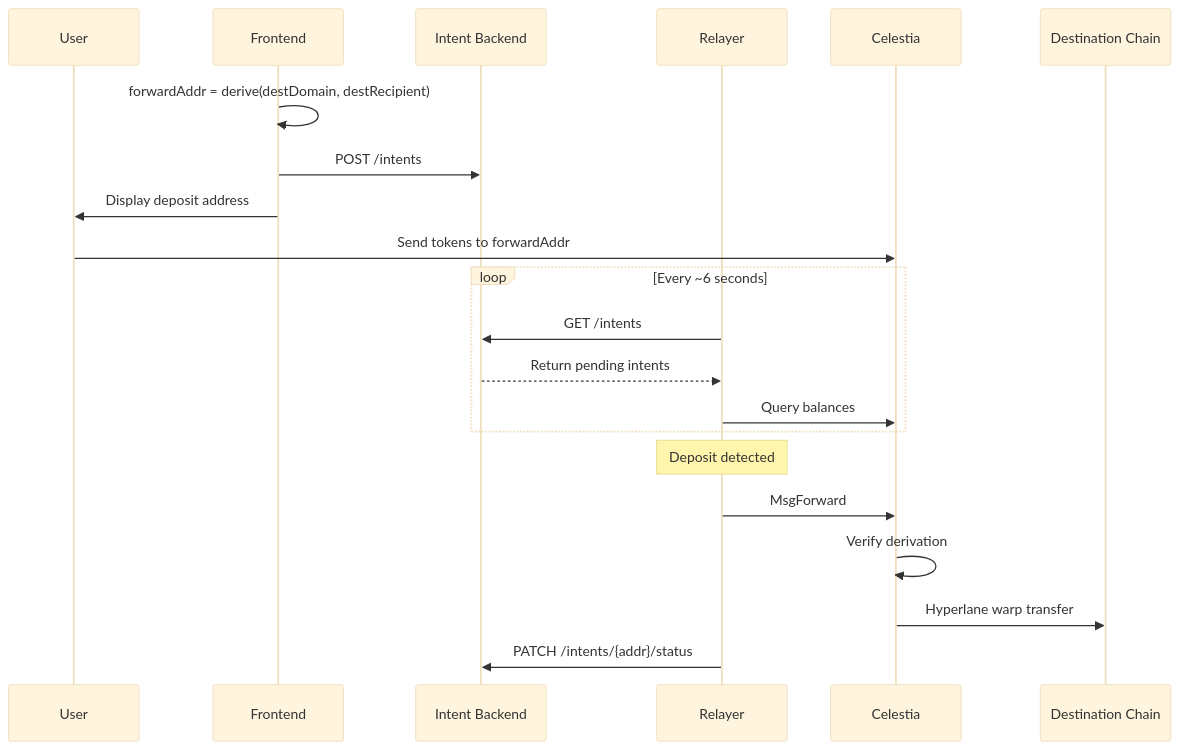
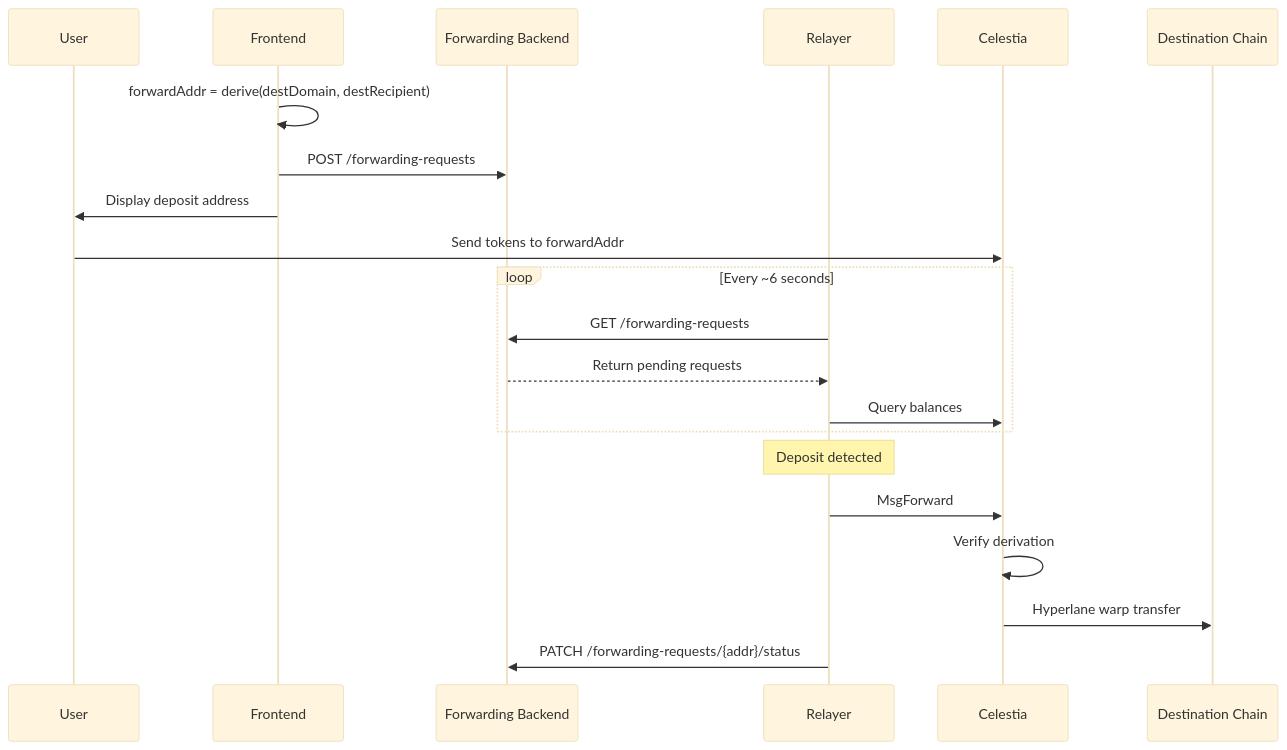
Before and after one commit to celestiaorg/celestia-app: the diagram in x/forwarding/RELAYER.md, drawn with Mermaid (base theme). The commit also changed other lines of this file and 8 other files, not shown here.

````diff
--- a/x/forwarding/RELAYER.md
+++ b/x/forwarding/RELAYER.md
@@ -26,26 +26,26 @@
 ```mermaid
 sequenceDiagram
     participant User
     participant Frontend
-    participant Backend as Intent Backend
+    participant Backend as Forwarding Backend
     participant Relayer
     participant Celestia
     participant Dest as Destination Chain
 
     Frontend->>Frontend: forwardAddr = derive(destDomain, destRecipient)
-    Frontend->>Backend: POST /intents
+    Frontend->>Backend: POST /forwarding-requests
     Frontend->>User: Display deposit address
     User->>Celestia: Send tokens to forwardAddr
 
     loop Every ~6 seconds
-        Relayer->>Backend: GET /intents
-        Backend-->>Relayer: Return pending intents
+        Relayer->>Backend: GET /forwarding-requests
+        Backend-->>Relayer: Return pending requests
         Relayer->>Celestia: Query balances
     end
 
     Note over Relayer: Deposit detected
     Relayer->>Celestia: MsgForward
     Celestia->>Celestia: Verify derivation
     Celestia->>Dest: Hyperlane warp transfer
-    Relayer->>Backend: PATCH /intents/{addr}/status
+    Relayer->>Backend: PATCH /forwarding-requests/{addr}/status
 ```
````
